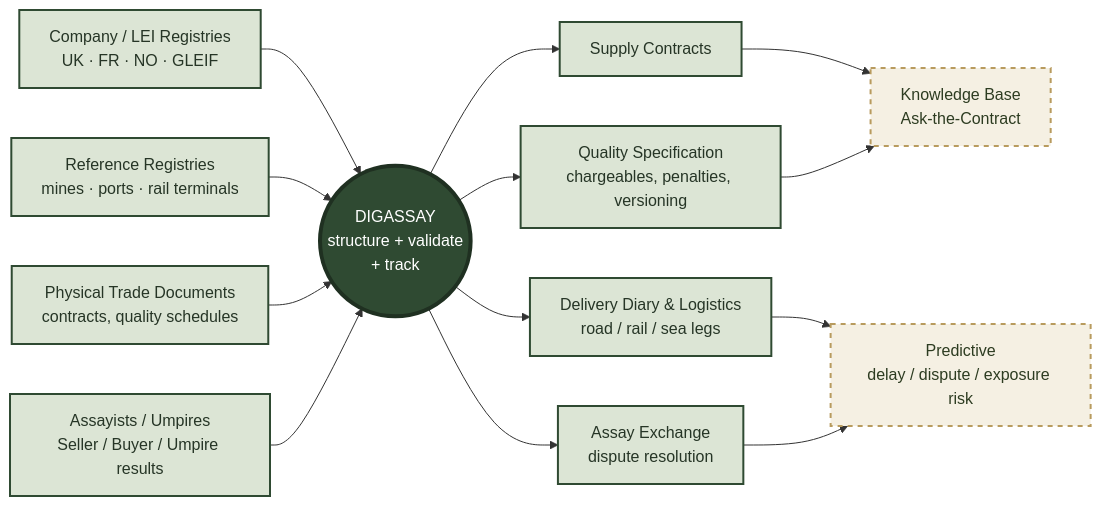
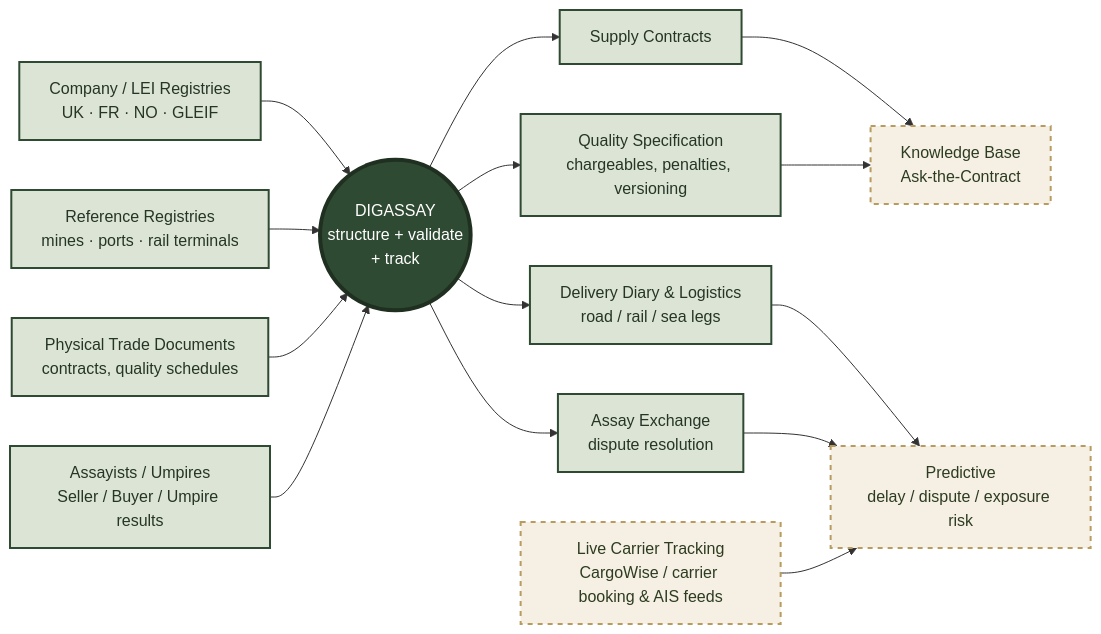
The diagram in profile/README.md (DIGASSAY/.github), drawn with Mermaid before and after one commit. The commit also changed other lines of this file, not shown here.

Commit message:
Add Live Carrier Tracking to the ecosystem diagram
New roadmap node feeding Predictive - real position/schedule data from
carrier booking and tracking platforms (CargoWise, carrier-operated
systems), matching the diary's new route map and its "planned route only"
disclaimer. Links to the new Freight & Cargo integrations placeholder doc.

````diff
--- a/profile/README.md
+++ b/profile/README.md
@@ -15,22 +15,23 @@
 ```mermaid
 flowchart LR
     R1["Company / LEI Registries<br/>UK · FR · NO · GLEIF"] --> D
     R2["Reference Registries<br/>mines · ports · rail terminals"] --> D
     R3["Physical Trade Documents<br/>contracts, quality schedules"] --> D
     R4["Assayists / Umpires<br/>Seller / Buyer / Umpire results"] --> D
 
     D(("DIGASSAY<br/>structure + validate<br/>+ track")) --> P1["Supply Contracts"]
     D --> P2["Quality Specification<br/>chargeables, penalties, versioning"]
     D --> P3["Delivery Diary &amp; Logistics<br/>road / rail / sea legs"]
     D --> P4["Assay Exchange<br/>dispute resolution"]
 
     P1 --> KB["Knowledge Base<br/>Ask-the-Contract"]
     P2 --> KB
     P3 --> PR["Predictive<br/>delay / dispute / exposure risk"]
     P4 --> PR
+    LT["Live Carrier Tracking<br/>CargoWise / carrier booking &amp; AIS feeds"] --> PR
 
     classDef n fill:#DCE5D5,stroke:#2F4A32,color:#263526,stroke-width:2px;
     classDef c fill:#2F4A32,stroke:#1F3021,color:#FFFFFF,stroke-width:4px;
     classDef roadmap fill:#F5F0E3,stroke:#B89B5E,color:#2D3C21,stroke-width:2px,stroke-dasharray:5 5;
-    class R1,R2,R3,R4,P1,P2,P3,P4 n; class D c; class KB,PR roadmap;
+    class R1,R2,R3,R4,P1,P2,P3,P4 n; class D c; class KB,PR,LT roadmap;
 ```
````
